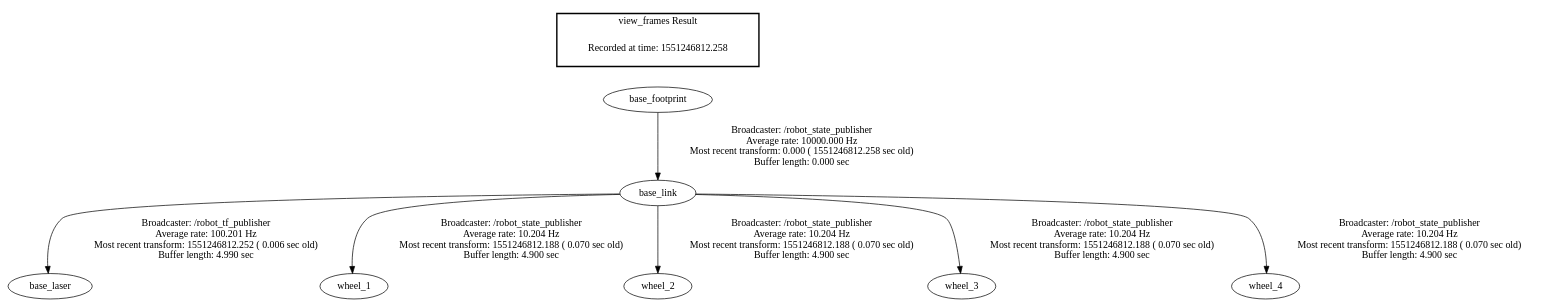
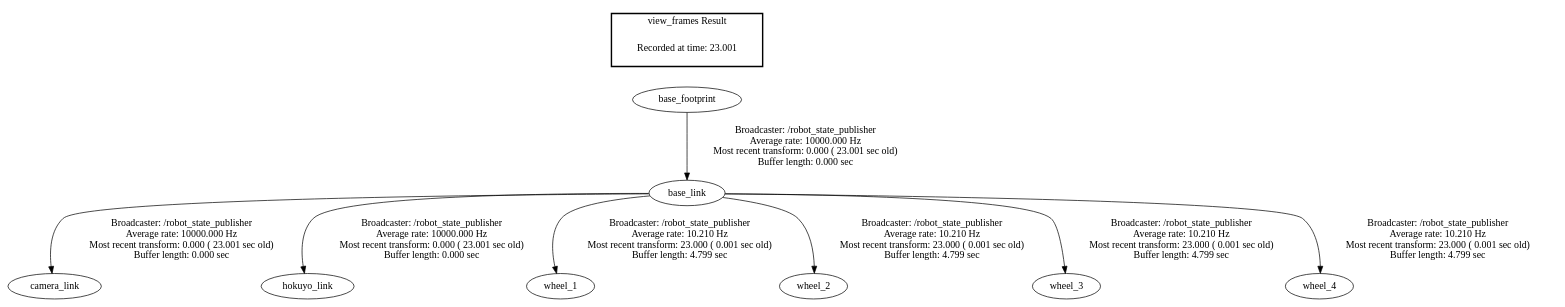
One commit to lichunhong/ros_example changed the diagram in frames.gv. Above: the diagram before and after it, drawn with Graphviz. The commit also changed 704 other files, not shown here.

```diff
--- a/frames.gv
+++ b/frames.gv
@@ -1,12 +1,13 @@
 digraph G {
-"base_footprint" -> "base_link"[label="Broadcaster: /robot_state_publisher\nAverage rate: 10000.000 Hz\nMost recent transform: 0.000 ( 1551246812.258 sec old)\nBuffer length: 0.000 sec\n"];
-"base_link" -> "base_laser"[label="Broadcaster: /robot_tf_publisher\nAverage rate: 100.201 Hz\nMost recent transform: 1551246812.252 ( 0.006 sec old)\nBuffer length: 4.990 sec\n"];
-"base_link" -> "wheel_1"[label="Broadcaster: /robot_state_publisher\nAverage rate: 10.204 Hz\nMost recent transform: 1551246812.188 ( 0.070 sec old)\nBuffer length: 4.900 sec\n"];
-"base_link" -> "wheel_2"[label="Broadcaster: /robot_state_publisher\nAverage rate: 10.204 Hz\nMost recent transform: 1551246812.188 ( 0.070 sec old)\nBuffer length: 4.900 sec\n"];
-"base_link" -> "wheel_3"[label="Broadcaster: /robot_state_publisher\nAverage rate: 10.204 Hz\nMost recent transform: 1551246812.188 ( 0.070 sec old)\nBuffer length: 4.900 sec\n"];
-"base_link" -> "wheel_4"[label="Broadcaster: /robot_state_publisher\nAverage rate: 10.204 Hz\nMost recent transform: 1551246812.188 ( 0.070 sec old)\nBuffer length: 4.900 sec\n"];
+"base_footprint" -> "base_link"[label="Broadcaster: /robot_state_publisher\nAverage rate: 10000.000 Hz\nMost recent transform: 0.000 ( 23.001 sec old)\nBuffer length: 0.000 sec\n"];
+"base_link" -> "camera_link"[label="Broadcaster: /robot_state_publisher\nAverage rate: 10000.000 Hz\nMost recent transform: 0.000 ( 23.001 sec old)\nBuffer length: 0.000 sec\n"];
+"base_link" -> "hokuyo_link"[label="Broadcaster: /robot_state_publisher\nAverage rate: 10000.000 Hz\nMost recent transform: 0.000 ( 23.001 sec old)\nBuffer length: 0.000 sec\n"];
+"base_link" -> "wheel_1"[label="Broadcaster: /robot_state_publisher\nAverage rate: 10.210 Hz\nMost recent transform: 23.000 ( 0.001 sec old)\nBuffer length: 4.799 sec\n"];
+"base_link" -> "wheel_2"[label="Broadcaster: /robot_state_publisher\nAverage rate: 10.210 Hz\nMost recent transform: 23.000 ( 0.001 sec old)\nBuffer length: 4.799 sec\n"];
+"base_link" -> "wheel_3"[label="Broadcaster: /robot_state_publisher\nAverage rate: 10.210 Hz\nMost recent transform: 23.000 ( 0.001 sec old)\nBuffer length: 4.799 sec\n"];
+"base_link" -> "wheel_4"[label="Broadcaster: /robot_state_publisher\nAverage rate: 10.210 Hz\nMost recent transform: 23.000 ( 0.001 sec old)\nBuffer length: 4.799 sec\n"];
 edge [style=invis];
  subgraph cluster_legend { style=bold; color=black; label ="view_frames Result";
-"Recorded at time: 1551246812.258"[ shape=plaintext ] ;
+"Recorded at time: 23.001"[ shape=plaintext ] ;
  }->"base_footprint";
 }
```
